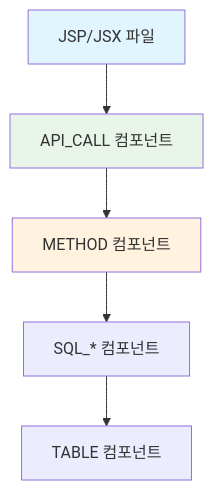
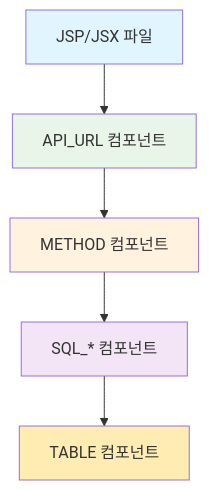
One commit to kumtaek/CreateMetaDb changed the second of 2 diagrams in docs/02_데이터베이스_스키마_정의서.md. Above: the diagram before and after it, drawn with Mermaid. The commit also changed other lines of this file and 6 other files, not shown here.

````diff
--- a/docs/02_데이터베이스_스키마_정의서.md
+++ b/docs/02_데이터베이스_스키마_정의서.md
@@ -339,11 +341,13 @@
 ```mermaid
 graph TD
-    A[JSP/JSX 파일] --> B[API_CALL 컴포넌트]
+    A[JSP/JSX 파일] --> B[API_URL 컴포넌트]
     B --> C[METHOD 컴포넌트]
     C --> D[SQL_* 컴포넌트]
     D --> E[TABLE 컴포넌트]
     
     style A fill:#e1f5fe
     style B fill:#e8f5e8
     style C fill:#fff3e0
+    style D fill:#f3e5f5
+    style E fill:#ffecb3
 ```
````
